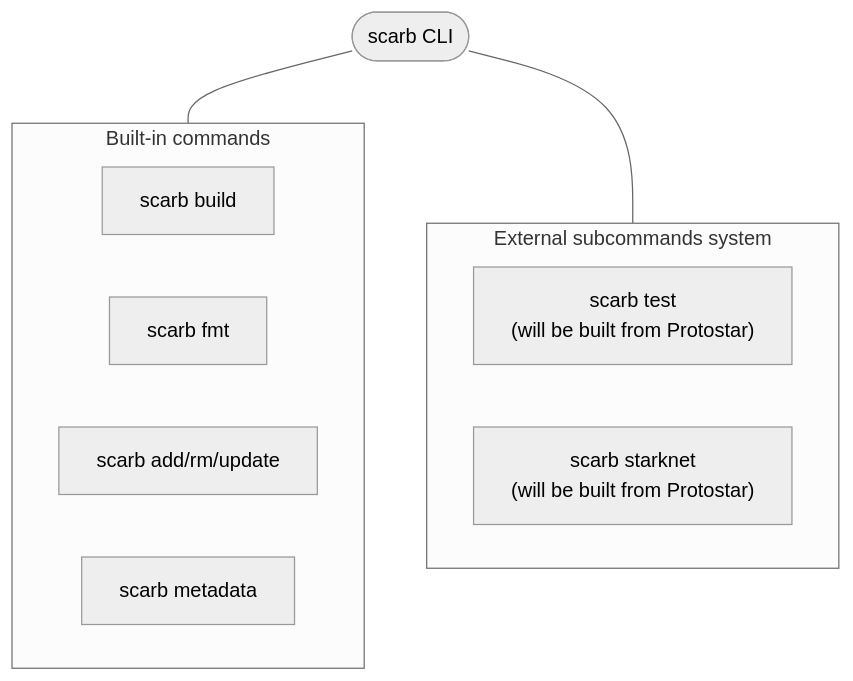
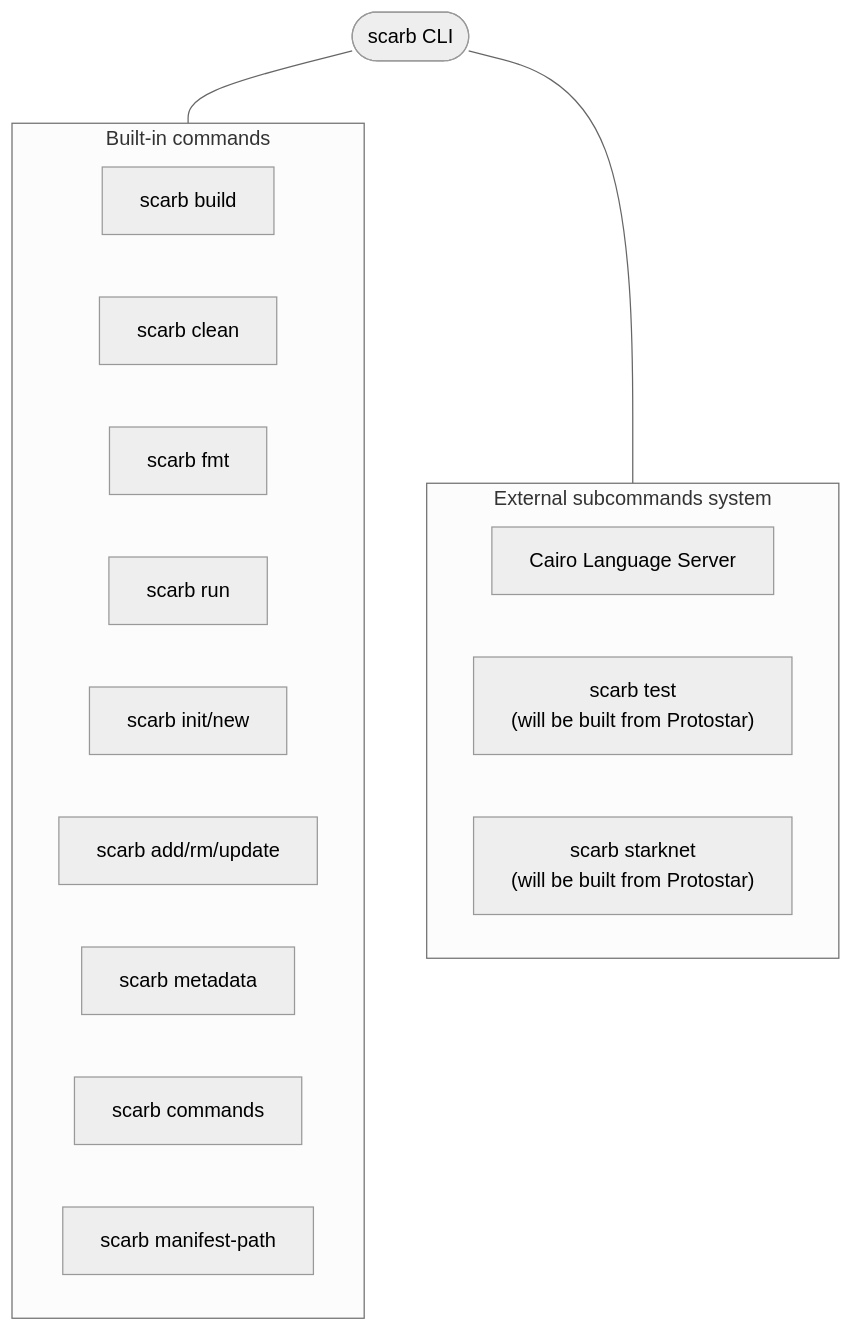
The first of 2 diagrams in ARCHITECTURE.md (software-mansion/scarb), drawn with Mermaid (neutral theme) before and after one commit. The commit also changed other lines of this file, not shown here.

Commit message:
Update architecture docs

````diff
--- a/ARCHITECTURE.md
+++ b/ARCHITECTURE.md
@@ -10,18 +10,24 @@
 ```mermaid
 flowchart TD
     scarb([scarb CLI])
     scarb---BUILTIN_CMDS
     scarb---EXT_CMDS
     subgraph BUILTIN_CMDS ["Built-in commands"]
         direction LR
         BLD[scarb build]
+        CLN[scarb clean]
         FMT[scarb fmt]
+        RUN[scarb run]
+        NEW[scarb init/new]
         UPD[scarb add/rm/update]
         MET[scarb metadata]
+        CMD[scarb commands]
+        MAN[scarb manifest-path]
     end
     subgraph EXT_CMDS ["External subcommands system"]
         direction LR
+        CAIRO_LS["Cairo Language Server"]
         PROTOSTAR["scarb test\n(will be built from Protostar)"]
         STARKNET["scarb starknet\n(will be built from Protostar)"]
     end
 ```
````
